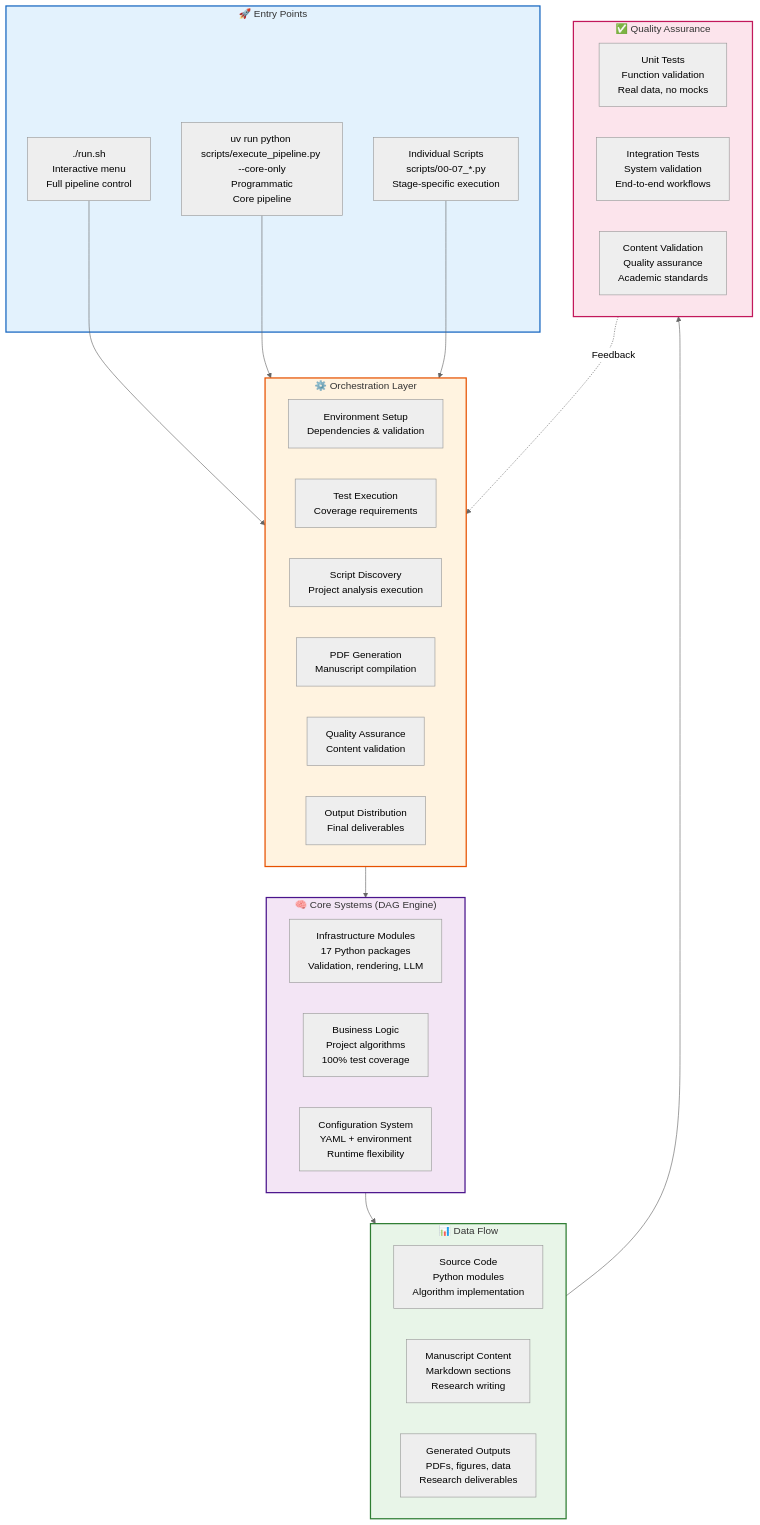
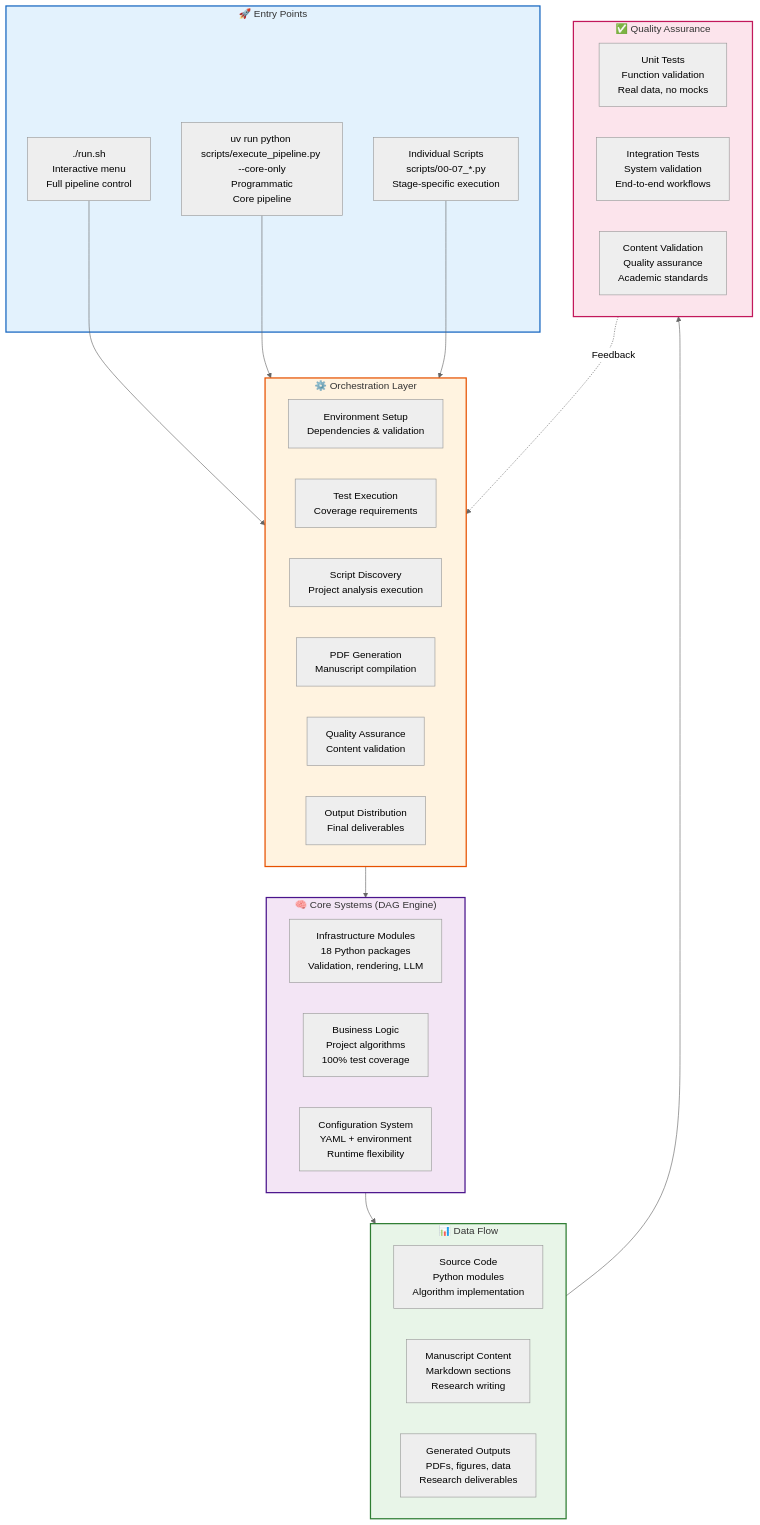
Before and after one commit to docxology/template: the third of 8 diagrams in .github/README.md, drawn with Mermaid (neutral theme). The commit also changed other lines of this file and 317 other files, not shown here.

````diff
--- a/.github/README.md
+++ b/.github/README.md
@@ -286,57 +287,57 @@
 ```mermaid
 graph TB
     subgraph Entry["🚀 Entry Points"]
         RUNSH[./run.sh<br/>Interactive menu<br/>Full pipeline control]
         RUNALL[uv run python scripts/execute_pipeline.py --core-only<br/>Programmatic<br/>Core pipeline]
         INDIVIDUAL[Individual Scripts<br/>scripts/00-07_*.py<br/>Stage-specific execution]
     end
 
     subgraph Orchestration["⚙️ Orchestration Layer"]
         SETUP[Environment Setup<br/>Dependencies & validation]
         TESTING[Test Execution<br/>Coverage requirements]
         ANALYSIS[Script Discovery<br/>Project analysis execution]
         RENDERING[PDF Generation<br/>Manuscript compilation]
         VALIDATION[Quality Assurance<br/>Content validation]
         DELIVERY[Output Distribution<br/>Final deliverables]
     end
 
     subgraph Core["🧠 Core Systems (DAG Engine)"]
-        INFRASTRUCTURE[Infrastructure Modules<br/>17 Python packages<br/>Validation, rendering, LLM]
+        INFRASTRUCTURE[Infrastructure Modules<br/>18 Python packages<br/>Validation, rendering, LLM]
         BUSINESS_LOGIC[Business Logic<br/>Project algorithms<br/>100% test coverage]
         CONFIGURATION[Configuration System<br/>YAML + environment<br/>Runtime flexibility]
     end
 
     subgraph Data["📊 Data Flow"]
         SOURCE_CODE[Source Code<br/>Python modules<br/>Algorithm implementation]
         MANUSCRIPT_CONTENT[Manuscript Content<br/>Markdown sections<br/>Research writing]
         GENERATED_OUTPUTS[Generated Outputs<br/>PDFs, figures, data<br/>Research deliverables]
     end
 
     subgraph Quality["✅ Quality Assurance"]
         UNIT_TESTS[Unit Tests<br/>Function validation<br/>Real data, no mocks]
         INTEGRATION_TESTS[Integration Tests<br/>System validation<br/>End-to-end workflows]
         VALIDATION_CHECKS[Content Validation<br/>Quality assurance<br/>Academic standards]
     end
 
     RUNSH --> Orchestration
     RUNALL --> Orchestration
     INDIVIDUAL --> Orchestration
 
     Orchestration --> Core
     Core --> Data
     Data --> Quality
 
     Quality -.->|Feedback| Orchestration
 
     classDef entry fill:#e3f2fd,stroke:#1565c0,stroke-width:2px
     classDef orchestration fill:#fff3e0,stroke:#e65100,stroke-width:2px
     classDef core fill:#f3e5f5,stroke:#4a148c,stroke-width:2px
     classDef data fill:#e8f5e8,stroke:#2e7d32,stroke-width:2px
     classDef quality fill:#fce4ec,stroke:#c2185b,stroke-width:2px
 
     class Entry entry
     class Orchestration orchestration
     class Core core
     class Data data
     class Quality quality
 ```
````
